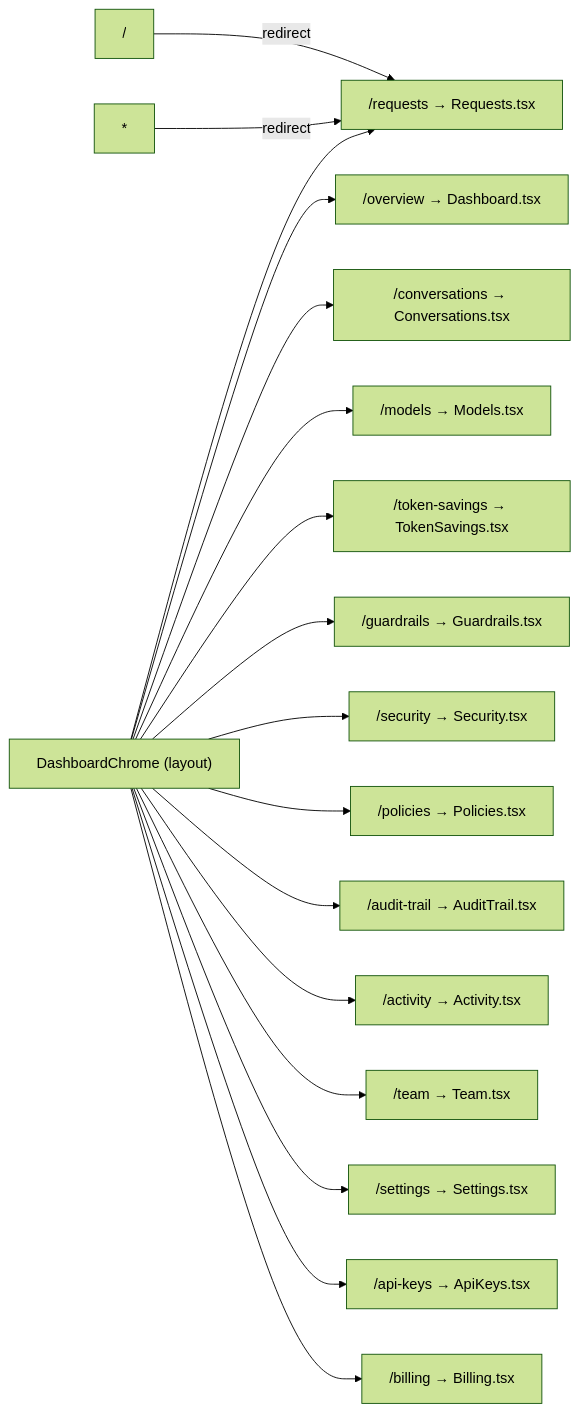
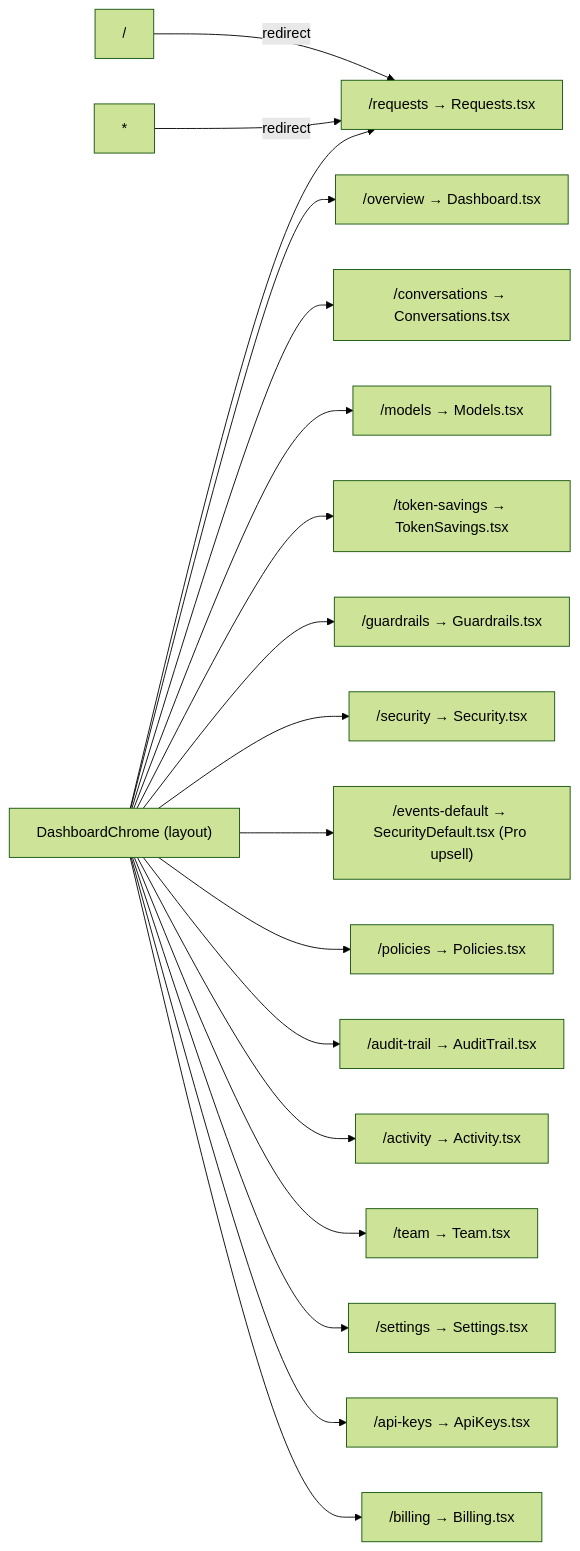
The first of 4 diagrams in data-model.md (Neoneue/gate-ai-build), drawn with Mermaid (forest theme) before and after one commit. The commit also changed other lines of this file and 3 other files, not shown here.

First line of the commit message:
Security tables: center Type cell; SecurityDefault copy + primary-border polish; docs

````diff
--- a/data-model.md
+++ b/data-model.md
@@ -31,22 +31,23 @@
 ```mermaid
 graph LR
     ROOT["/"] -->|redirect| REQ["/requests"]
     WILD["*"] -->|redirect| REQ
 
     LAYOUT["DashboardChrome (layout)"]
 
     LAYOUT --> OV["/overview → Dashboard.tsx"]
     LAYOUT --> REQ["/requests → Requests.tsx"]
     LAYOUT --> CONV["/conversations → Conversations.tsx"]
     LAYOUT --> MOD["/models → Models.tsx"]
     LAYOUT --> TOK["/token-savings → TokenSavings.tsx"]
     LAYOUT --> GRD["/guardrails → Guardrails.tsx"]
     LAYOUT --> SEC["/security → Security.tsx"]
+    LAYOUT --> SECDEF["/events-default → SecurityDefault.tsx (Pro upsell)"]
     LAYOUT --> POL["/policies → Policies.tsx"]
     LAYOUT --> AUD["/audit-trail → AuditTrail.tsx"]
     LAYOUT --> ACT["/activity → Activity.tsx"]
     LAYOUT --> TEAM["/team → Team.tsx"]
     LAYOUT --> SET["/settings → Settings.tsx"]
     LAYOUT --> KEYS["/api-keys → ApiKeys.tsx"]
     LAYOUT --> BILL["/billing → Billing.tsx"]
 ```
````
